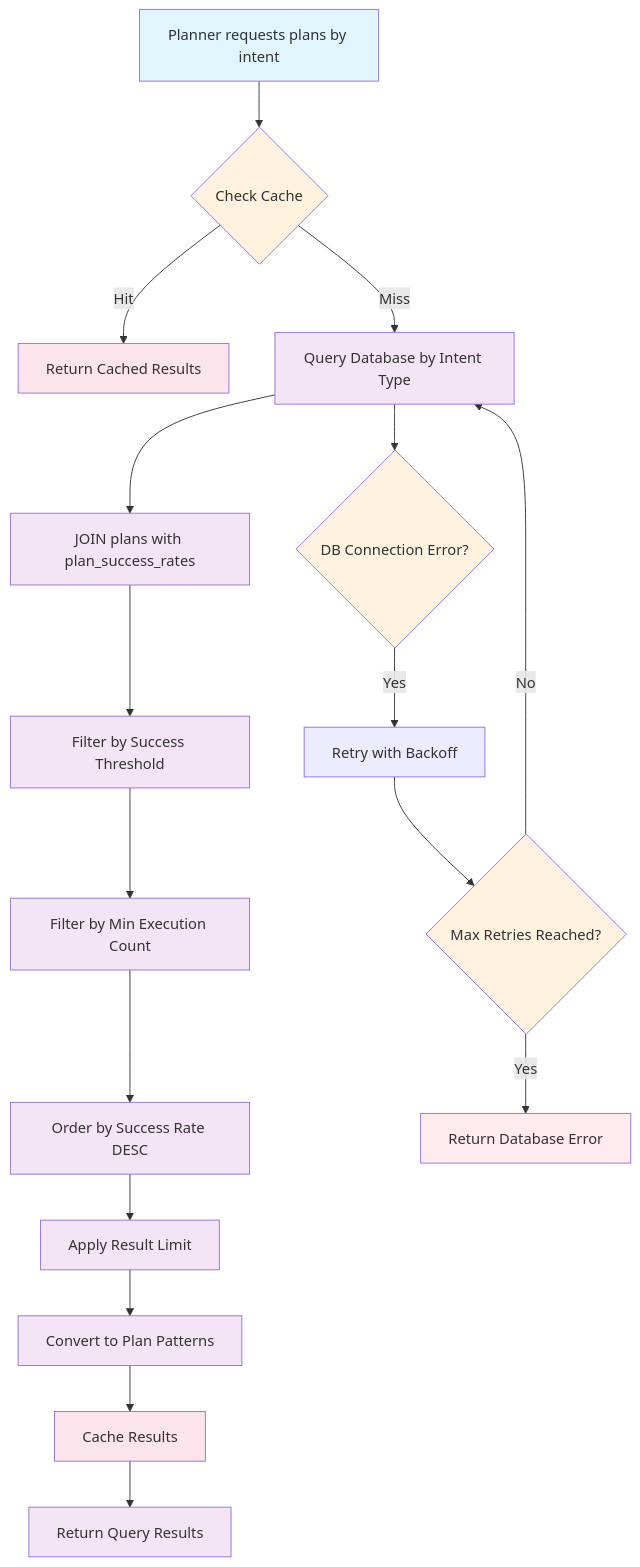
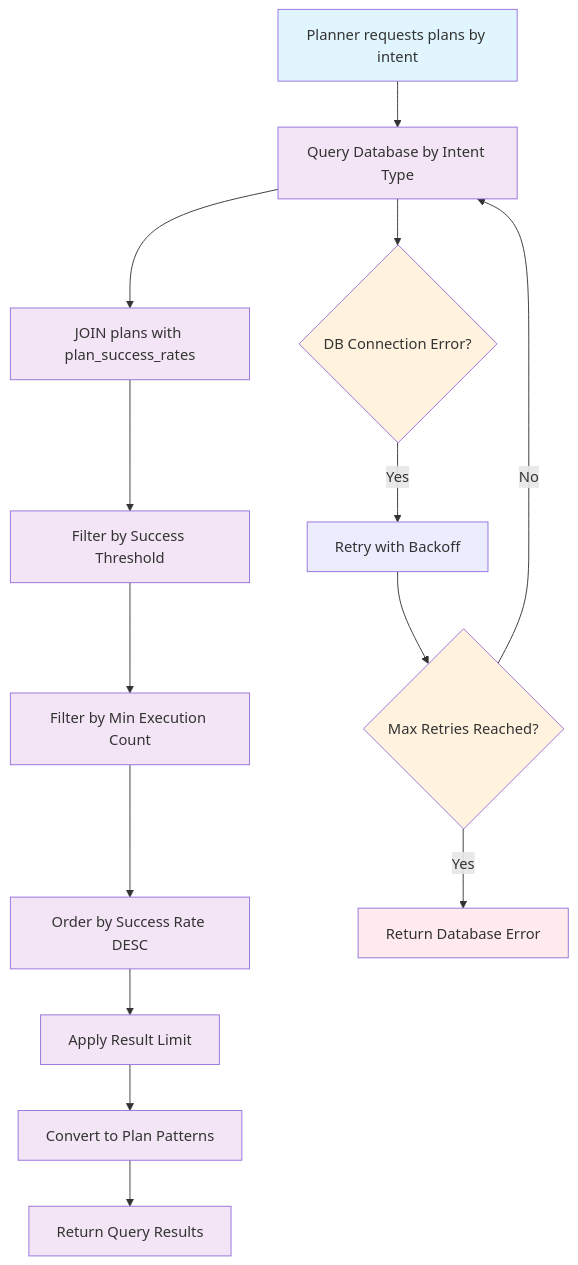
The third of 8 diagrams in components/PlanLibrary/diagrams/flow.md (AnantshreeChandola/Aexor), drawn with Mermaid before and after one commit. The commit also changed other lines of this file and 38 other files, not shown here.

````diff
--- a/components/PlanLibrary/diagrams/flow.md
+++ b/components/PlanLibrary/diagrams/flow.md
@@ -81,34 +70,29 @@
 ```mermaid
 graph TD
-    A[Planner requests plans by intent] --> B{Check Cache}
-    B -->|Hit| C[Return Cached Results]
-    B -->|Miss| D[Query Database by Intent Type]
+    A[Planner requests plans by intent] --> D[Query Database by Intent Type]
     D --> E[JOIN plans with plan_success_rates]
     E --> F[Filter by Success Threshold]
     F --> G[Filter by Min Execution Count]
     G --> H[Order by Success Rate DESC]
     H --> I[Apply Result Limit]
     I --> J[Convert to Plan Patterns]
-    J --> K[Cache Results]
-    K --> L[Return Query Results]
+    J --> L[Return Query Results]
     
     %% Error handling
     D --> M{DB Connection Error?}
     M -->|Yes| N[Retry with Backoff]
     N --> O{Max Retries Reached?}
     O -->|No| D
     O -->|Yes| P[Return Database Error]
     
     %% Styling
     classDef start fill:#e1f5fe
     classDef decision fill:#fff3e0
     classDef process fill:#f3e5f5
     classDef error fill:#ffebee
-    classDef cache fill:#fce4ec
-    
+
     class A start
-    class B,M,O decision
+    class M,O decision
     class D,E,F,G,H,I,J,L process
     class P error
-    class C,K cache
 ```
````
